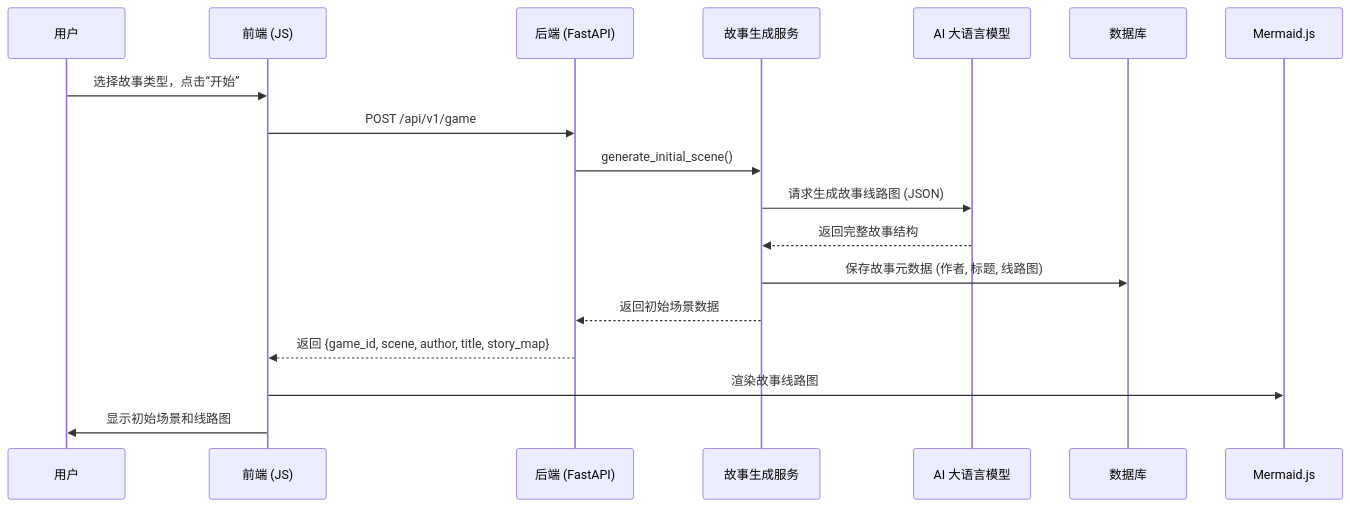
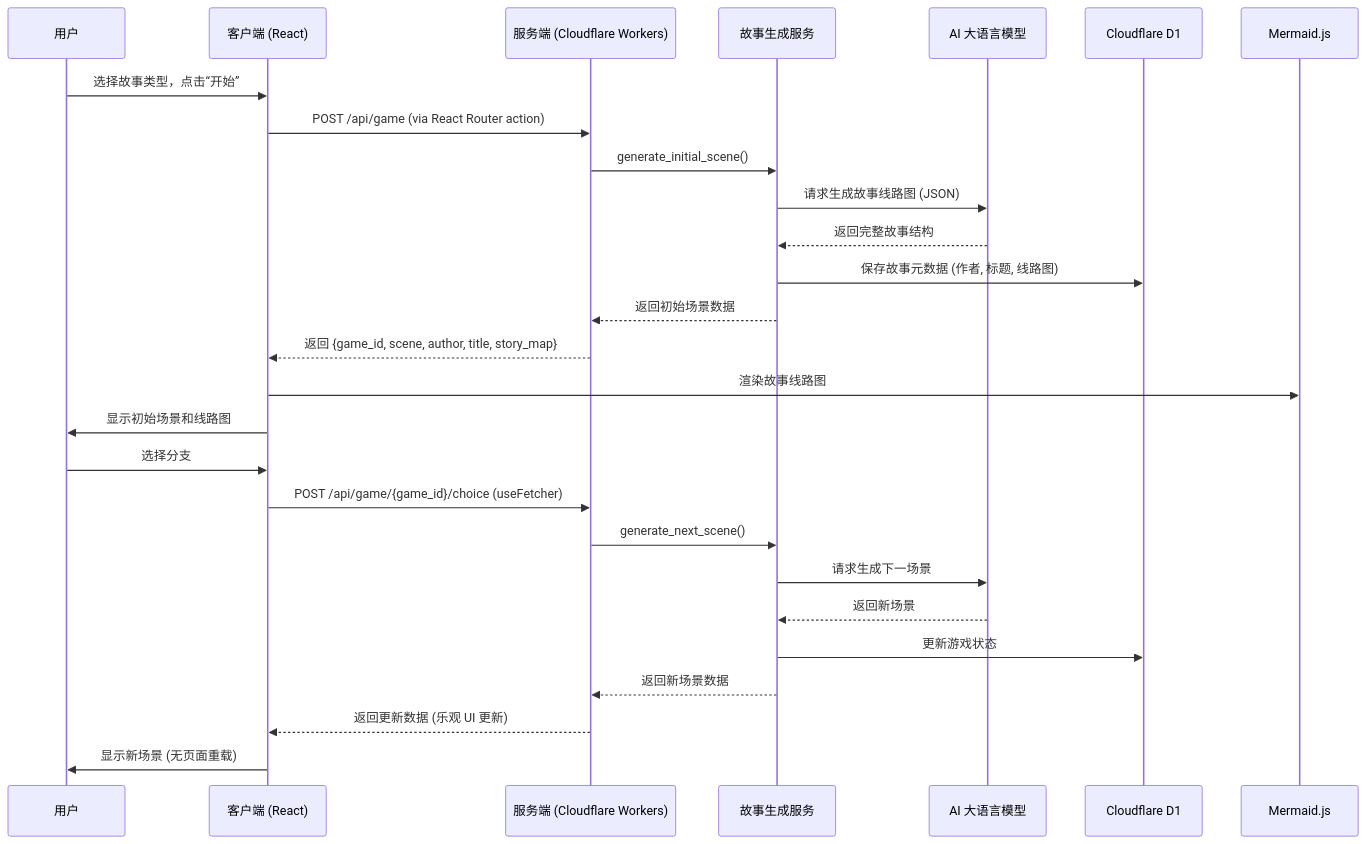
The diagram in README.md (royisme/justplay), drawn with Mermaid before and after one commit. The commit also changed other lines of this file, not shown here.

````diff
--- a/README.md
+++ b/README.md
@@ -114,20 +353,30 @@
 ```mermaid
 sequenceDiagram
     participant User as 用户
-    participant Frontend as 前端 (JS)
-    participant Backend as 后端 (FastAPI)
+    participant Client as 客户端 (React)
+    participant Server as 服务端 (Cloudflare Workers)
     participant StoryGen as 故事生成服务
     participant LLM as AI 大语言模型
-    participant DB as 数据库
+    participant DB as Cloudflare D1
 
-    User->>Frontend: 选择故事类型，点击“开始”
-    Frontend->>Backend: POST /api/v1/game
-    Backend->>StoryGen: generate_initial_scene()
+    User->>Client: 选择故事类型，点击“开始”
+    Client->>Server: POST /api/game (via React Router action)
+    Server->>StoryGen: generate_initial_scene()
     StoryGen->>LLM: 请求生成故事线路图 (JSON)
     LLM-->>StoryGen: 返回完整故事结构
     StoryGen->>DB: 保存故事元数据 (作者, 标题, 线路图)
-    StoryGen-->>Backend: 返回初始场景数据
-    Backend-->>Frontend: 返回 {game_id, scene, author, title, story_map}
-    Frontend->>Mermaid.js: 渲染故事线路图
-    Frontend->>User: 显示初始场景和线路图
+    StoryGen-->>Server: 返回初始场景数据
+    Server-->>Client: 返回 {game_id, scene, author, title, story_map}
+    Client->>Mermaid.js: 渲染故事线路图
+    Client->>User: 显示初始场景和线路图
+
+    User->>Client: 选择分支
+    Client->>Server: POST /api/game/{game_id}/choice (useFetcher)
+    Server->>StoryGen: generate_next_scene()
+    StoryGen->>LLM: 请求生成下一场景
+    LLM-->>StoryGen: 返回新场景
+    StoryGen->>DB: 更新游戏状态
+    StoryGen-->>Server: 返回新场景数据
+    Server-->>Client: 返回更新数据 (乐观 UI 更新)
+    Client->>User: 显示新场景 (无页面重载)
 ```
````
